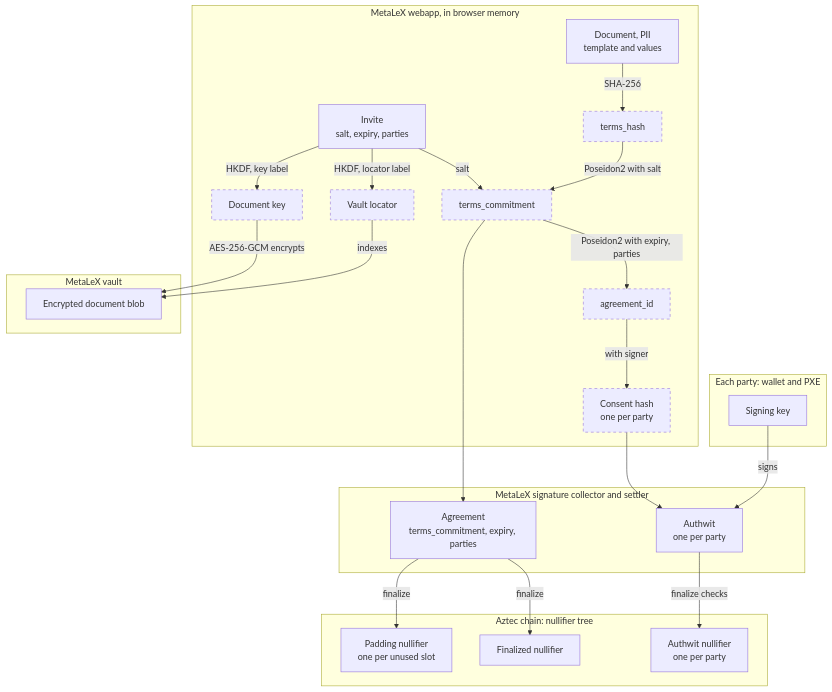
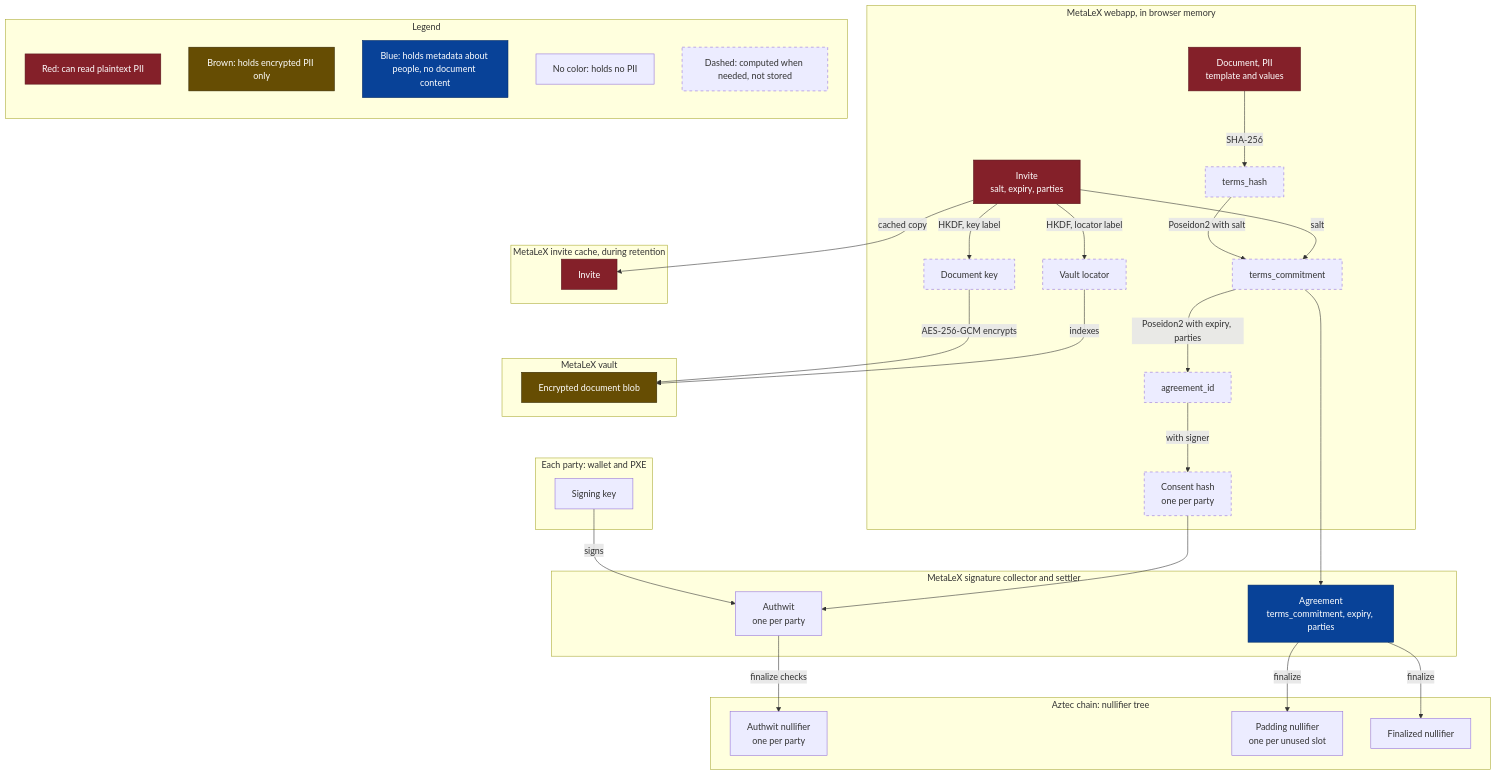
The second of 2 diagrams in aztec/ARCHITECTURE.md (MetaLex-Tech/cybercorps-contracts), drawn with Mermaid before and after one commit. The commit also changed other lines of this file and 2 other files, not shown here.

Commit message:
chore: identify privacy levels in architectures

````diff
--- a/aztec/ARCHITECTURE.md
+++ b/aztec/ARCHITECTURE.md
@@ -178,47 +202,66 @@
 ```mermaid
 flowchart TB
     subgraph Wallet["Each party: wallet and PXE"]
         SIG["Signing key"]
     end
     subgraph Webapp["MetaLeX webapp, in browser memory"]
         INV["Invite<br/>salt, expiry, parties"]
         DOC["Document, PII<br/>template and values"]
         TH["terms_hash"]
         TC["terms_commitment"]
         AID["agreement_id"]
         CH["Consent hash<br/>one per party"]
         LOC["Vault locator"]
         KEY["Document key"]
     end
     subgraph Vault["MetaLeX vault"]
         BLOB["Encrypted document blob"]
     end
+    subgraph Cache["MetaLeX invite cache, during retention"]
+        CINV["Invite"]
+    end
     subgraph Collector["MetaLeX signature collector and settler"]
         AGR["Agreement<br/>terms_commitment, expiry, parties"]
         AW["Authwit<br/>one per party"]
     end
     subgraph Chain["Aztec chain: nullifier tree"]
         AWN["Authwit nullifier<br/>one per party"]
         PAD["Padding nullifier<br/>one per unused slot"]
         FIN["Finalized nullifier"]
     end
 
     DOC -->|SHA-256| TH
     TH -->|Poseidon2 with salt| TC
     INV -->|salt| TC
+    INV -->|cached copy| CINV
     INV -->|HKDF, locator label| LOC
     INV -->|HKDF, key label| KEY
     KEY -->|AES-256-GCM encrypts| BLOB
     LOC -->|indexes| BLOB
     TC -->|Poseidon2 with expiry, parties| AID
     TC --> AGR
     AID -->|with signer| CH
     SIG -->|signs| AW
     CH --> AW
     AW -->|finalize checks| AWN
     AGR -->|finalize| FIN
     AGR -->|finalize| PAD
 
+    subgraph Legend
+        direction TB
+        LPlain[Red: can read plaintext PII]
+        LCipher[Brown: holds encrypted PII only]
+        LMeta[Blue: holds metadata about people, no document content]
+        LNone[No color: holds no PII]
+        LDerived[Dashed: computed when needed, not stored]
+    end
+
     classDef derived stroke-dasharray: 5 5
-    class TH,TC,AID,CH,LOC,KEY derived
+    classDef piiPlain fill:#842029,stroke:#58151c,color:#fff
+    classDef piiCipher fill:#664d03,stroke:#332701,color:#fff
+    classDef piiMeta fill:#084298,stroke:#052c65,color:#fff
+    class TH,TC,AID,CH,LOC,KEY,LDerived derived
+    class DOC,INV,CINV,LPlain piiPlain
+    class BLOB,LCipher piiCipher
+    class AGR,LMeta piiMeta
 ```
````
